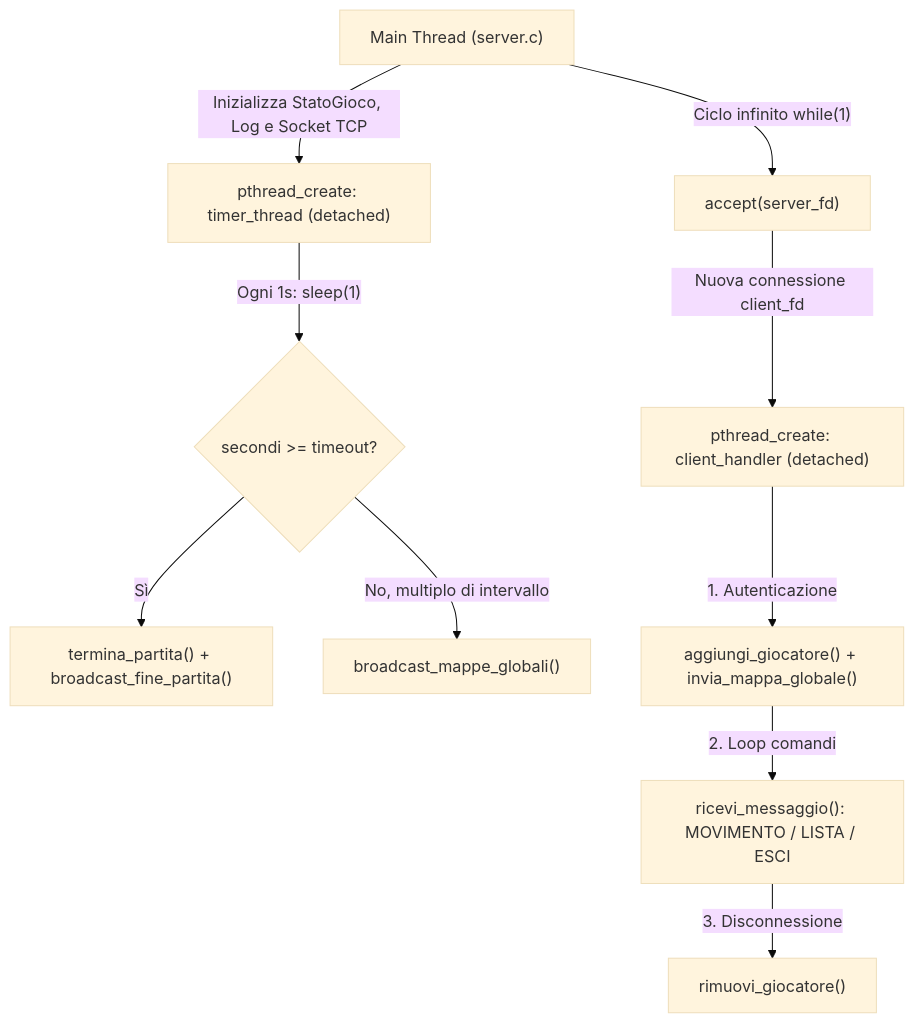
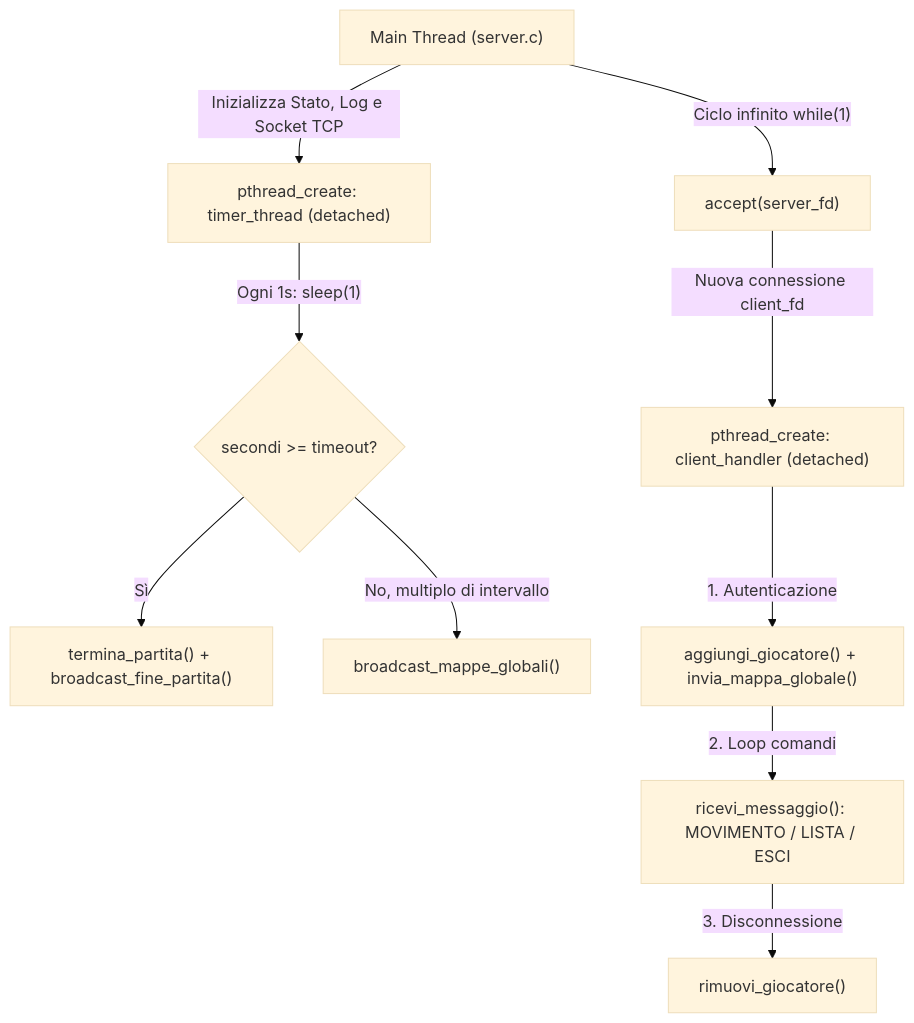
Before and after one commit to PaoloTed/LSO: the fourth of 6 diagrams in Progetto/labirinto/Relazione.md, drawn with Mermaid (base theme). The commit also changed other lines of this file and 1 other file, not shown here.

````diff
--- a/Progetto/labirinto/Relazione.md
+++ b/Progetto/labirinto/Relazione.md
@@ -374,14 +361,14 @@
 ```mermaid
 flowchart TD
-    M["Main Thread (server.c)"] -->|"Inizializza StatoGioco, Log e Socket TCP"| T["pthread_create: timer_thread (detached)"]
+    M["Main Thread (server.c)"] -->|"Inizializza Stato, Log e Socket TCP"| T["pthread_create: timer_thread (detached)"]
     M -->|"Ciclo infinito while(1)"| A["accept(server_fd)"]
     A -->|"Nuova connessione client_fd"| C["pthread_create: client_handler (detached)"]
     
     T -->|"Ogni 1s: sleep(1)"| T1{"secondi >= timeout?"}
     T1 -->|"Sì"| T2["termina_partita() + broadcast_fine_partita()"]
     T1 -->|"No, multiplo di intervallo"| T3["broadcast_mappe_globali()"]
     
     C -->|"1. Autenticazione"| C1["aggiungi_giocatore() + invia_mappa_globale()"]
     C1 -->|"2. Loop comandi"| C2["ricevi_messaggio(): MOVIMENTO / LISTA / ESCI"]
     C2 -->|"3. Disconnessione"| C3["rimuovi_giocatore()"]
 ```
````
